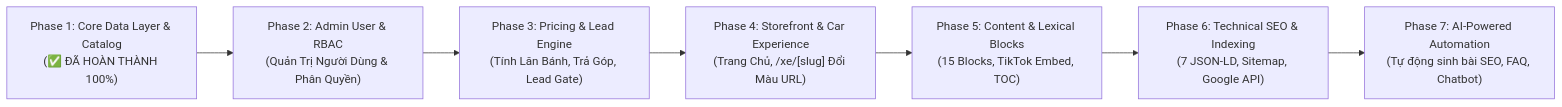
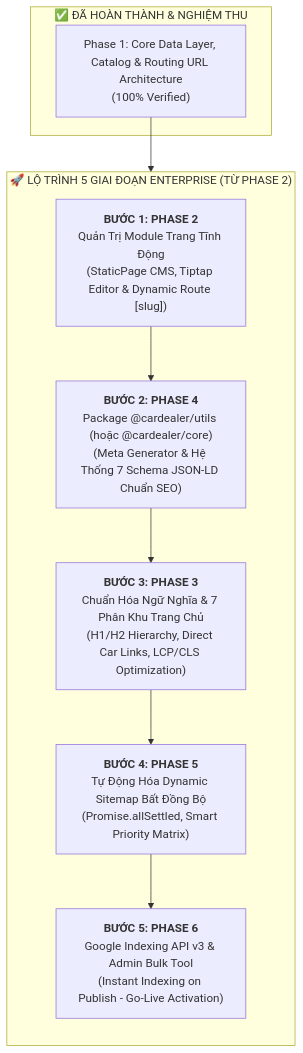
The first of 2 diagrams in docs/06-PHASED-IMPLEMENTATION-ROADMAP.md (accountcx/cardealer), drawn with Mermaid before and after one commit. The commit also changed other lines of this file, not shown here.

Commit message:
docs(roadmap): update master plan for CMS & Technical SEO Enterprise

````diff
--- a/docs/06-PHASED-IMPLEMENTATION-ROADMAP.md
+++ b/docs/06-PHASED-IMPLEMENTATION-ROADMAP.md
@@ -10,9 +25,22 @@
 ```mermaid
-graph LR
-    P1["Phase 1: Core Data Layer & Catalog<br/>(✅ ĐÃ HOÀN THÀNH 100%)"] --> P2["Phase 2: Admin User & RBAC<br/>(Quản Trị Người Dùng & Phân Quyền)"]
-    P2 --> P3["Phase 3: Pricing & Lead Engine<br/>(Tính Lăn Bánh, Trả Góp, Lead Gate)"]
-    P3 --> P4["Phase 4: Storefront & Car Experience<br/>(Trang Chủ, /xe/[slug] Đổi Màu URL)"]
-    P4 --> P5["Phase 5: Content & Lexical Blocks<br/>(15 Blocks, TikTok Embed, TOC)"]
-    P5 --> P6["Phase 6: Technical SEO & Indexing<br/>(7 JSON-LD, Sitemap, Google API)"]
-    P6 --> P7["Phase 7: AI-Powered Automation<br/>(Tự động sinh bài SEO, FAQ, Chatbot)"]
+graph TD
+    subgraph COMPLETED ["✅ ĐÃ HOÀN THÀNH & NGHIỆM THU"]
+        P1["Phase 1: Core Data Layer, Catalog & Routing URL Architecture<br/>(100% Verified)"]
+    end
+
+    subgraph MASTER_PLAN ["🚀 LỘ TRÌNH 5 GIAI ĐOẠN ENTERPRISE (TỪ PHASE 2)"]
+        direction TB
+        STEP1["<b>BƯỚC 1: PHASE 2</b><br/>Quản Trị Module Trang Tĩnh Động<br/>(StaticPage CMS, Tiptap Editor & Dynamic Route [slug])"]
+        STEP2["<b>BƯỚC 2: PHASE 4</b><br/>Package @cardealer/utils (hoặc @cardealer/core)<br/>(Meta Generator & Hệ Thống 7 Schema JSON-LD Chuẩn SEO)"]
+        STEP3["<b>BƯỚC 3: PHASE 3</b><br/>Chuẩn Hóa Ngữ Nghĩa & 7 Phân Khu Trang Chủ<br/>(H1/H2 Hierarchy, Direct Car Links, LCP/CLS Optimization)"]
+        STEP4["<b>BƯỚC 4: PHASE 5</b><br/>Tự Động Hóa Dynamic Sitemap Bất Đồng Bộ<br/>(Promise.allSettled, Smart Priority Matrix)"]
+        STEP5["<b>BƯỚC 5: PHASE 6</b><br/>Google Indexing API v3 & Admin Bulk Tool<br/>(Instant Indexing on Publish - Go-Live Activation)"]
+
+        STEP1 --> STEP2
+        STEP2 --> STEP3
+        STEP3 --> STEP4
+        STEP4 --> STEP5
+    end
+
+    P1 --> STEP1
 ```
````
